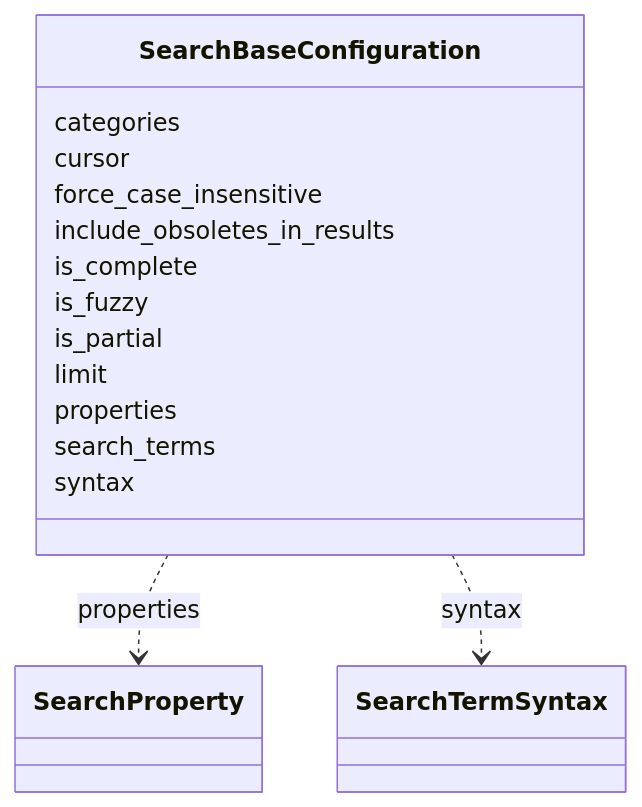
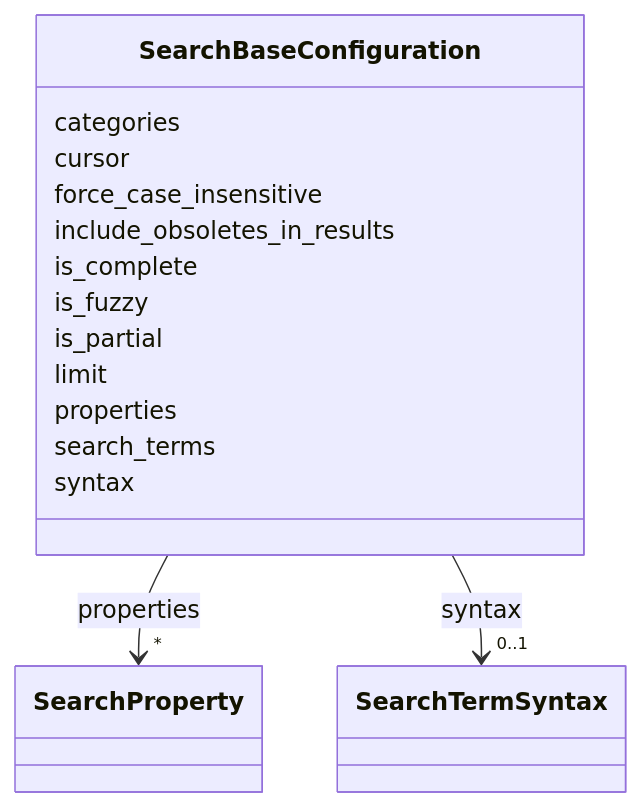
One commit to INCATools/ontology-access-kit changed the diagram in docs/datamodels/search/SearchBaseConfiguration.md. Above: the diagram before and after it, drawn with Mermaid. The commit also changed other lines of this file and 539 other files, not shown here.

````diff
--- a/docs/datamodels/search/SearchBaseConfiguration.md
+++ b/docs/datamodels/search/SearchBaseConfiguration.md
@@ -11,31 +19,42 @@
 ```{mermaid}
  classDiagram
     class SearchBaseConfiguration
+    click SearchBaseConfiguration href "../SearchBaseConfiguration"
       SearchBaseConfiguration : categories
         
       SearchBaseConfiguration : cursor
         
       SearchBaseConfiguration : force_case_insensitive
         
       SearchBaseConfiguration : include_obsoletes_in_results
         
       SearchBaseConfiguration : is_complete
         
       SearchBaseConfiguration : is_fuzzy
         
       SearchBaseConfiguration : is_partial
         
       SearchBaseConfiguration : limit
         
       SearchBaseConfiguration : properties
         
-          SearchBaseConfiguration ..> SearchProperty : properties
+          
+    
+    
+    SearchBaseConfiguration --> "*" SearchProperty : properties
+    click SearchProperty href "../SearchProperty"
+
         
       SearchBaseConfiguration : search_terms
         
       SearchBaseConfiguration : syntax
         
-          SearchBaseConfiguration ..> SearchTermSyntax : syntax
+          
+    
+    
+    SearchBaseConfiguration --> "0..1" SearchTermSyntax : syntax
+    click SearchTermSyntax href "../SearchTermSyntax"
+
         
       
 ```
````
